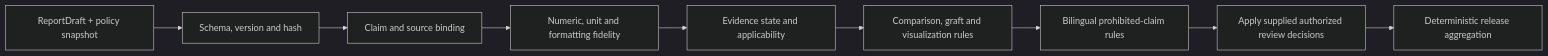
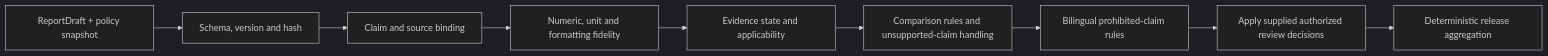
One commit to starvingarc/BRIDGE changed the diagram in docs/bridge_spec_v0.1/claim_verifier_task_card.md. Above: the diagram before and after it, drawn with Mermaid (dark theme). The commit also changed other lines of this file and 19 other files, not shown here.

````diff
--- a/docs/bridge_spec_v0.1/claim_verifier_task_card.md
+++ b/docs/bridge_spec_v0.1/claim_verifier_task_card.md
@@ -146,11 +153,11 @@
 ```mermaid
 flowchart LR
     A["ReportDraft + policy snapshot"] --> B["Schema, version and hash"]
     B --> C["Claim and source binding"]
     C --> D["Numeric, unit and formatting fidelity"]
     D --> E["Evidence state and applicability"]
-    E --> F["Comparison, graft and visualization rules"]
+    E --> F["Comparison rules and unsupported-claim handling"]
     F --> G["Bilingual prohibited-claim rules"]
     G --> H["Apply supplied authorized review decisions"]
     H --> I["Deterministic release aggregation"]
 ```
````
